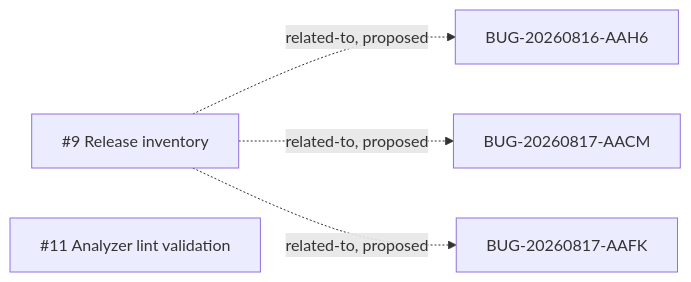
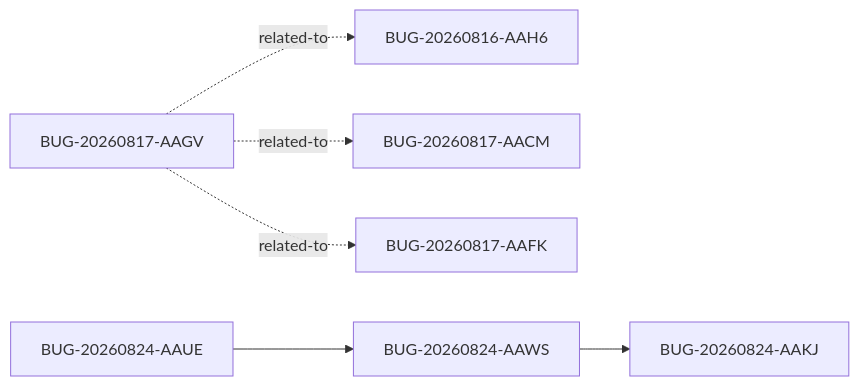
One commit to DartGit-dev/git2dart_binaries changed the diagram in .reversa/_reversa_bugs/validation-release-assembly/generated/graph.md. Above: the diagram before and after it, drawn with Mermaid. The commit also changed other lines of this file and 250 other files, not shown here.

````diff
--- a/.reversa/_reversa_bugs/validation-release-assembly/generated/graph.md
+++ b/.reversa/_reversa_bugs/validation-release-assembly/generated/graph.md
@@ -5,7 +5,8 @@
 ```mermaid
 graph LR
-  BUG20260817AAGV["#9 Release inventory"] -. related-to, proposed .-> BUG20260816AAH6["BUG-20260816-AAH6"]
-  BUG20260817AAGV -. related-to, proposed .-> BUG20260817AACM["BUG-20260817-AACM"]
-  BUG20260817AAGV -. related-to, proposed .-> BUG20260817AAFK["BUG-20260817-AAFK"]
-  BUG20260824AAKJ["#11 Analyzer lint validation"]
+  BUG-20260817-AAGV -. related-to .-> BUG-20260816-AAH6
+  BUG-20260817-AAGV -. related-to .-> BUG-20260817-AACM
+  BUG-20260817-AAGV -. related-to .-> BUG-20260817-AAFK
+  BUG-20260824-AAUE --> BUG-20260824-AAWS
+  BUG-20260824-AAWS --> BUG-20260824-AAKJ
 ```
````
